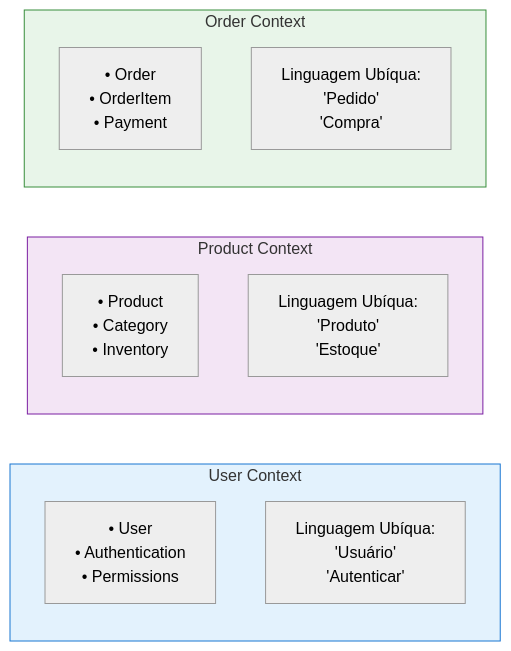
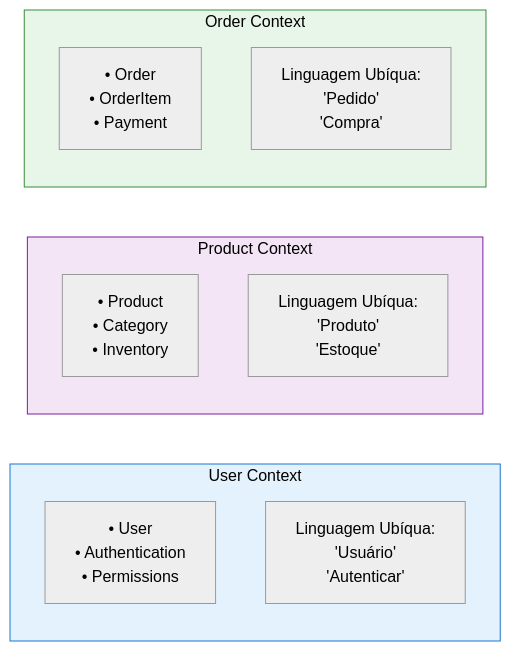
Before and after one commit to valdirsb/artemis: the fourth of 5 diagrams in meuApp/docs/framework/04-architecture.md, drawn with Mermaid (neutral theme). The commit also changed other lines of this file, not shown here.

Commit message:
feat: Improve Mermaid diagrams in architecture documentation for clarity and consistency

````diff
--- a/meuApp/docs/framework/04-architecture.md
+++ b/meuApp/docs/framework/04-architecture.md
@@ -426,21 +436,21 @@
 ```mermaid
 graph LR
     subgraph UC["User Context"]
         U1["• User<br/>• Authentication<br/>• Permissions"]
         U2["Linguagem Ubíqua:<br/>'Usuário'<br/>'Autenticar'"]
     end
     
     subgraph PC["Product Context"]
         P1["• Product<br/>• Category<br/>• Inventory"]
         P2["Linguagem Ubíqua:<br/>'Produto'<br/>'Estoque'"]
     end
     
     subgraph OC["Order Context"]
         O1["• Order<br/>• OrderItem<br/>• Payment"]
         O2["Linguagem Ubíqua:<br/>'Pedido'<br/>'Compra'"]
     end
     
-    style UC fill:#e3f2fd,stroke:#1976d2
-    style PC fill:#f3e5f5,stroke:#7b1fa2
-    style OC fill:#e8f5e9,stroke:#388e3c
+    style UC fill:#e3f2fd,stroke:#1976d2,color:#000000
+    style PC fill:#f3e5f5,stroke:#7b1fa2,color:#000000
+    style OC fill:#e8f5e9,stroke:#388e3c,color:#000000
 ```
````
